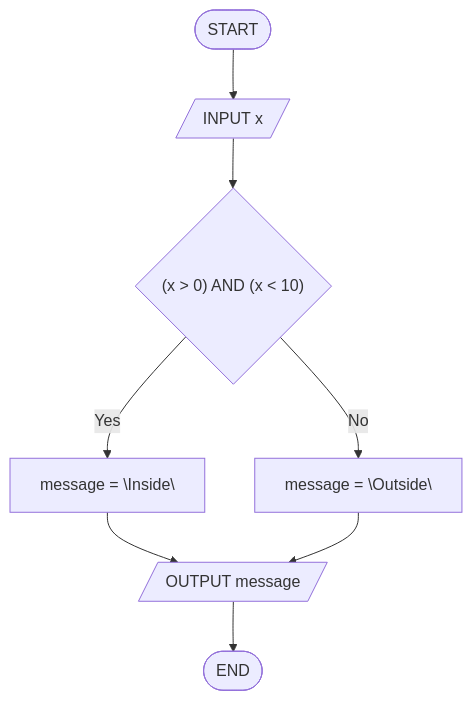
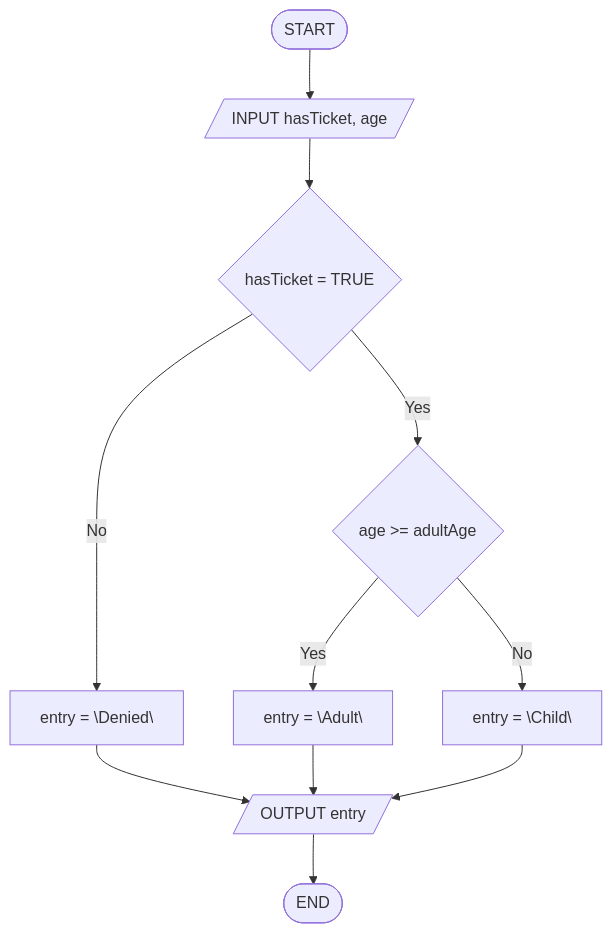
Before and after one commit to ISIBrussels/methodo-algo: the third of 5 diagrams in docs/seances/02/exercices_seance_02.md, drawn with Mermaid. The commit also changed other lines of this file and 1 other file, not shown here.

````diff
--- a/docs/seances/02/exercices_seance_02.md
+++ b/docs/seances/02/exercices_seance_02.md
@@ -155,10 +168,13 @@
 ```mermaid
 flowchart TB
-  A([START]) --> B[/INPUT x/]
-  B --> C{"(x > 0) AND (x < 10)"}
-  C -->|Yes| D["message = \"Inside\""]
-  C -->|No| E["message = \"Outside\""]
-  D --> F[/OUTPUT message/]
-  E --> F
-  F --> G([END])
+  A([START]) --> B[/INPUT hasTicket, age/]
+  B --> C{hasTicket = TRUE}
+  C -->|Yes| D{age >= adultAge}
+  C -->|No| E["entry = \"Denied\""]
+  D -->|Yes| F["entry = \"Adult\""]
+  D -->|No| G["entry = \"Child\""]
+  E --> H[/OUTPUT entry/]
+  F --> H
+  G --> H
+  H --> I([END])
 ```
````
